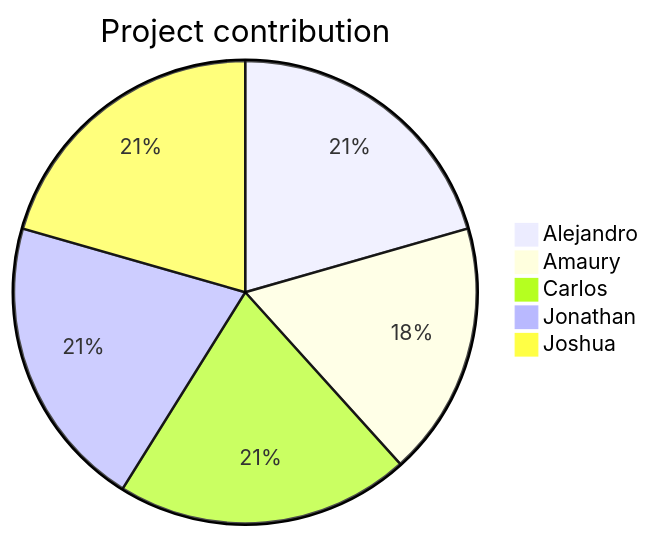
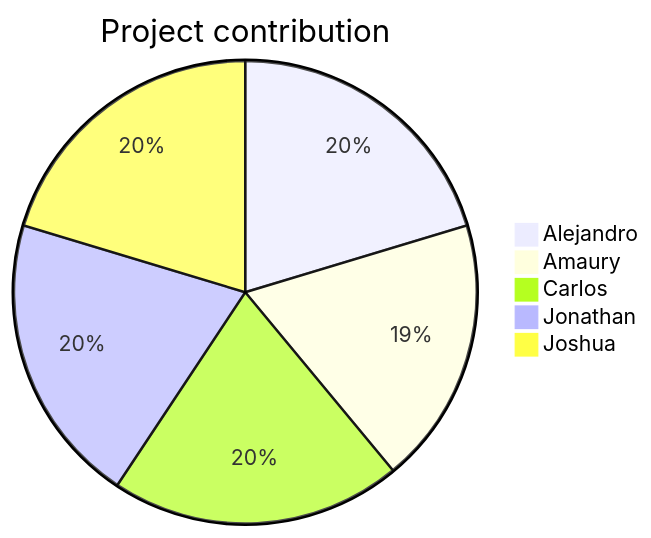
The diagram in github/doc/organization.md (JoshuaMeza/HCI), drawn with Mermaid before and after one commit. The commit also changed other lines of this file and 7 other files, not shown here.

````diff
--- a/github/doc/organization.md
+++ b/github/doc/organization.md
@@ -43,9 +51,9 @@
 ```mermaid
 pie
     title         Project contribution
-    "Alejandro" : 22
-    "Amaury"    : 19
-    "Carlos"    : 22
-    "Jonathan"  : 22
-    "Joshua"    : 22
+    "Alejandro" : 24
+    "Amaury"    : 22
+    "Carlos"    : 24
+    "Jonathan"  : 24
+    "Joshua"    : 24
 ```
````
